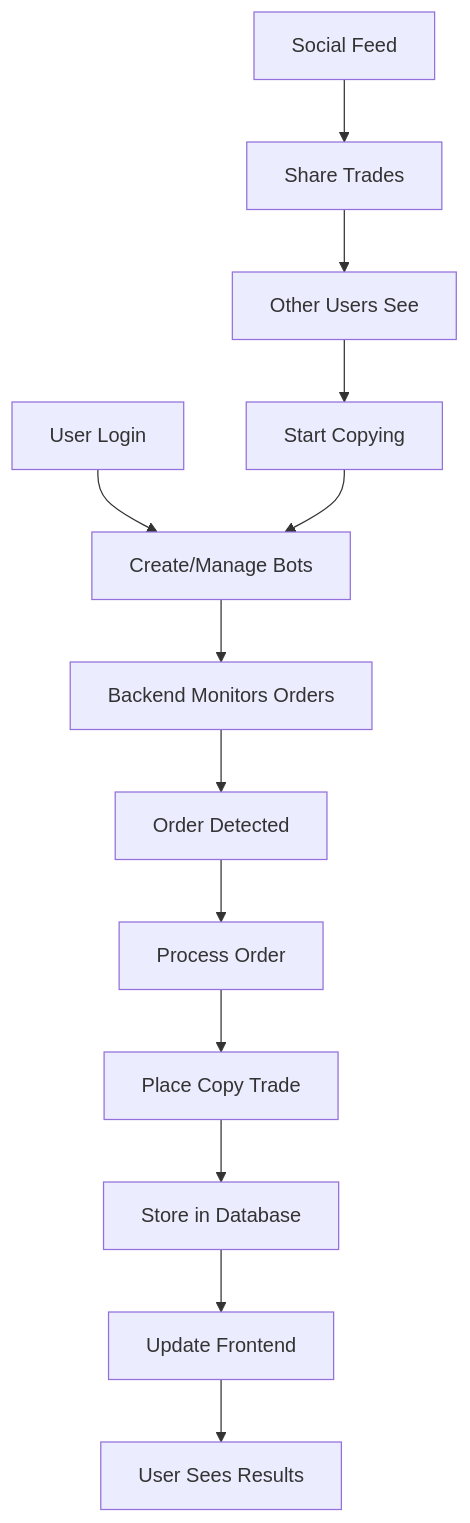
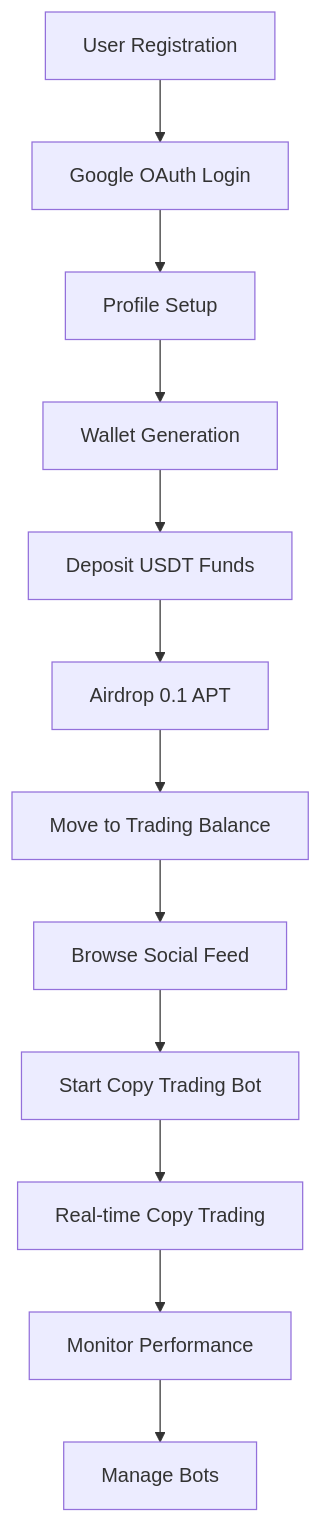
One commit to 0xali3n/copy-trade changed the diagram in README.md. Above: the diagram before and after it, drawn with Mermaid. The commit also changed other lines of this file, not shown here.

````diff
--- a/README.md
+++ b/README.md
@@ -287,16 +258,14 @@
 ```mermaid
 graph TD
-    A[User Login] --> B[Create/Manage Bots]
-    B --> C[Backend Monitors Orders]
-    C --> D[Order Detected]
-    D --> E[Process Order]
-    E --> F[Place Copy Trade]
-    F --> G[Store in Database]
-    G --> H[Update Frontend]
-    H --> I[User Sees Results]
-
-    J[Social Feed] --> K[Share Trades]
-    K --> L[Other Users See]
-    L --> M[Start Copying]
-    M --> B
+    A[User Registration] --> B[Google OAuth Login]
+    B --> C[Profile Setup]
+    C --> D[Wallet Generation]
+    D --> E[Deposit USDT Funds]
+    E --> F[Airdrop 0.1 APT]
+    F --> G[Move to Trading Balance]
+    G --> H[Browse Social Feed]
+    H --> I[Start Copy Trading Bot]
+    I --> J[Real-time Copy Trading]
+    J --> K[Monitor Performance]
+    K --> L[Manage Bots]
 ```
````
